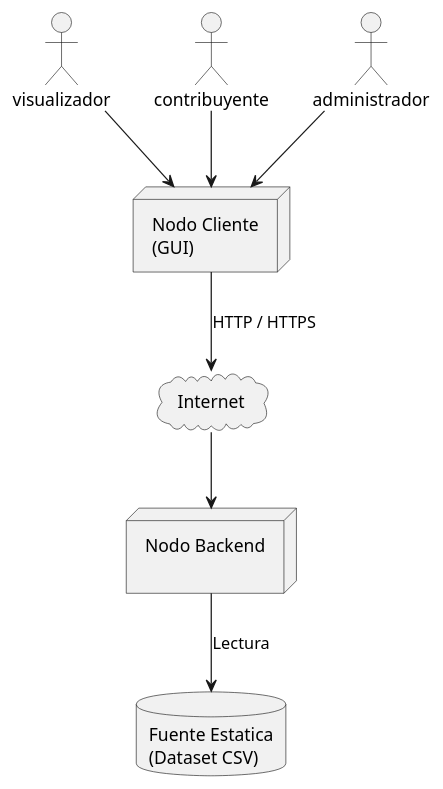
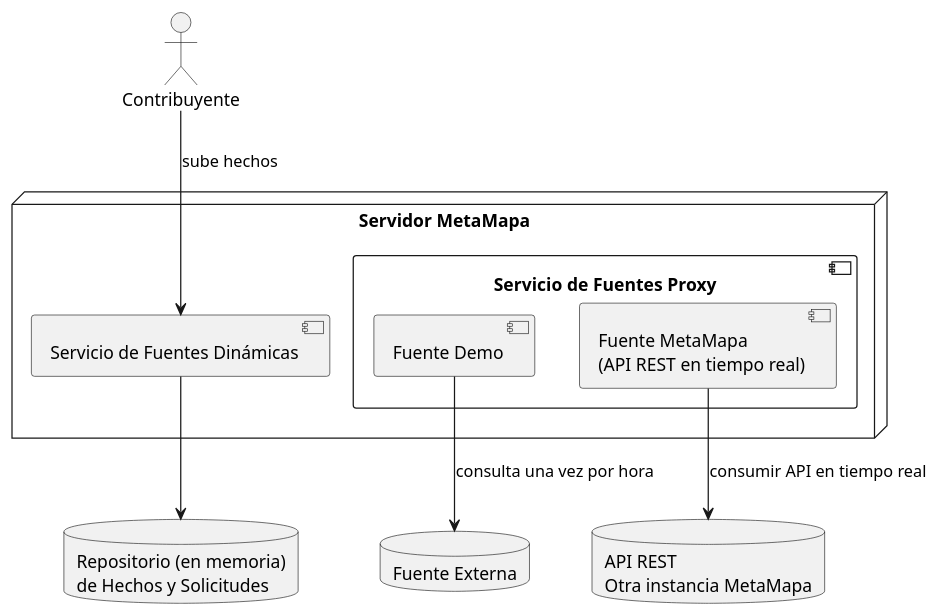
Before and after one commit to RamonValenzuela02/metamapa-prueba2: the diagram in diagramas/despliegue.puml, drawn with PlantUML. The commit also changed 1 other file, not shown here.

Commit message:
diagrama de despliegue

```diff
--- a/diagramas/despliegue.puml
+++ b/diagramas/despliegue.puml
@@ -1,19 +1,21 @@
 @startuml
-actor visualizador
-actor contribuyente
-actor administrador
+actor Contribuyente
+database "Repositorio (en memoria)\nde Hechos y Solicitudes" as DB
 
-cloud "Internet" as internet
+node "Servidor MetaMapa" {
+  component "Servicio de Fuentes Dinámicas" as FD
+  component "Servicio de Fuentes Proxy" as FP {
+    component "Fuente Demo" as Demo
+    component "Fuente MetaMapa\n(API REST en tiempo real)" as Meta
+  }
+}
 
-node "Nodo Cliente\n(GUI)" as nodoCliente
-node "Nodo Backend\n" as nodoBackend
-database "Fuente Estatica\n(Dataset CSV)" as fuenteCSV
+database "Fuente Externa" as Externa
+database "API REST\nOtra instancia MetaMapa" as API_REST
+Contribuyente --> FD : sube hechos
+FD --> DB
 
-visualizador --> nodoCliente
-contribuyente --> nodoCliente
-administrador --> nodoCliente
 
-nodoCliente --> internet : HTTP / HTTPS
-internet --> nodoBackend
-nodoBackend --> fuenteCSV : Lectura
+Demo --> Externa : consulta una vez por hora
+Meta --> API_REST : consumir API en tiempo real
 @enduml
```
